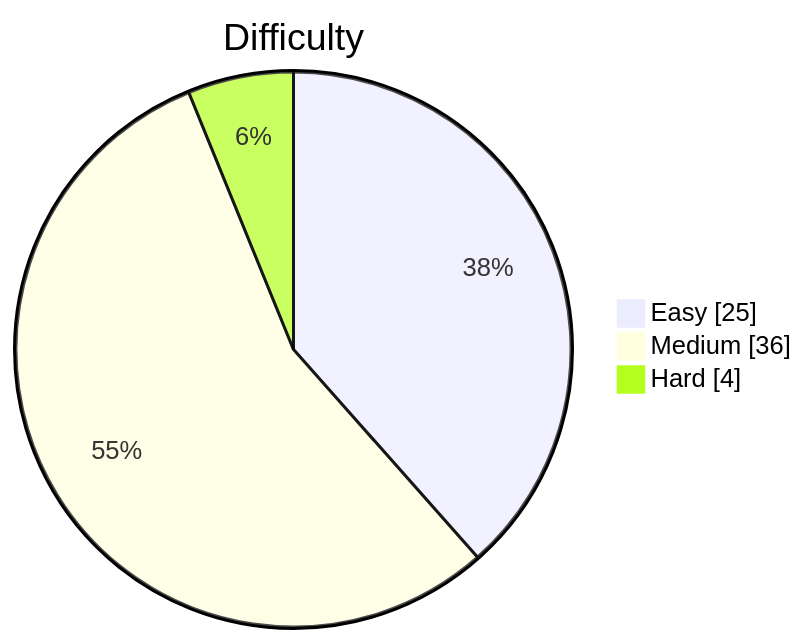
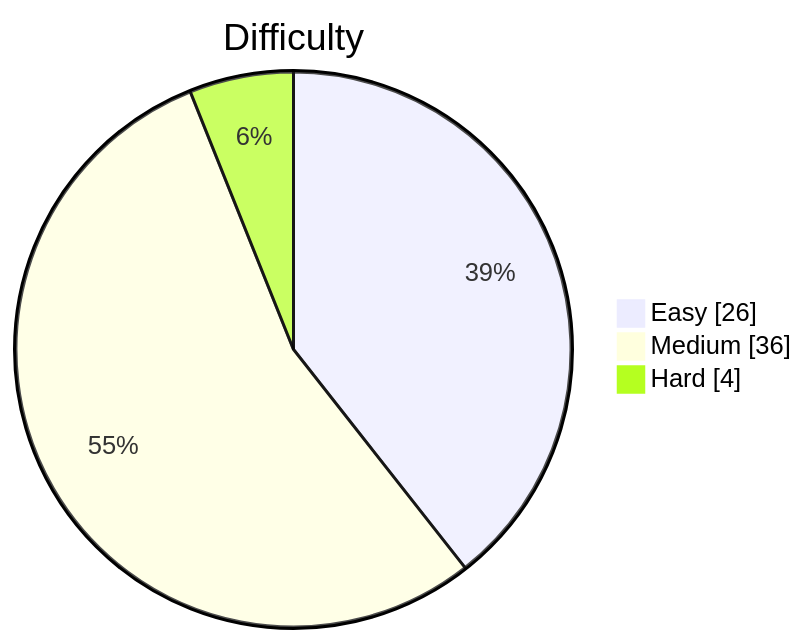
One commit to kevstevie/python-algo-practice changed the diagram in README.md. Above: the diagram before and after it, drawn with Mermaid. The commit also changed other lines of this file, not shown here.

````diff
--- a/README.md
+++ b/README.md
@@ -13,7 +13,7 @@
 ```mermaid
 pie showData
     title Difficulty
-    "Easy"   : 25
+    "Easy"   : 26
     "Medium" : 36
     "Hard"   : 4
 ```
````
